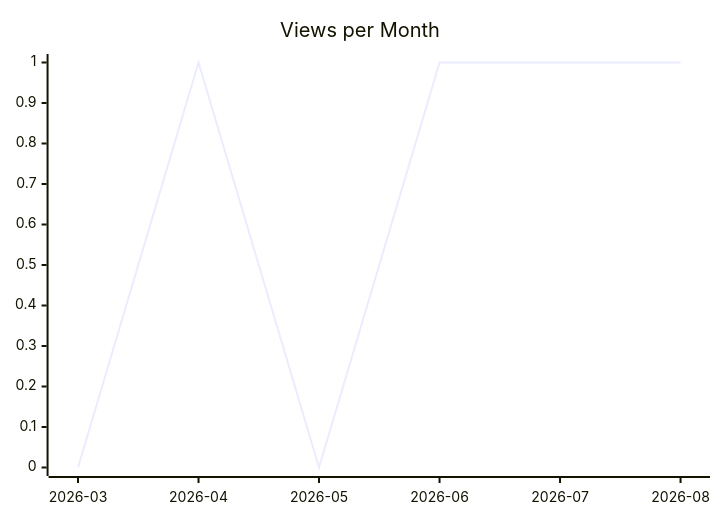
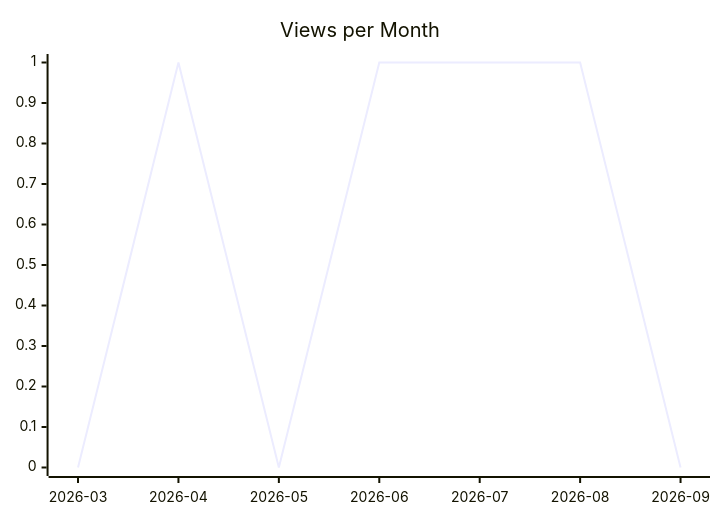
The second of 3 diagrams in karlmdavis/ansible-role-rcm-dotfiles/README.md (justdavis-family/github-analytics-data), drawn with Mermaid before and after one commit. The commit also changed other lines of this file and 191 other files, not shown here.

````diff
--- a/karlmdavis/ansible-role-rcm-dotfiles/README.md
+++ b/karlmdavis/ansible-role-rcm-dotfiles/README.md
@@ -12,6 +12,6 @@
 ```mermaid
 xychart-beta
   title "Views per Month"
-  x-axis ["2026-03", "2026-04", "2026-05", "2026-06", "2026-07", "2026-08"]
-  line [0, 1, 0, 1, 1, 1]
+  x-axis ["2026-03", "2026-04", "2026-05", "2026-06", "2026-07", "2026-08", "2026-09"]
+  line [0, 1, 0, 1, 1, 1, 0]
 ```
````
